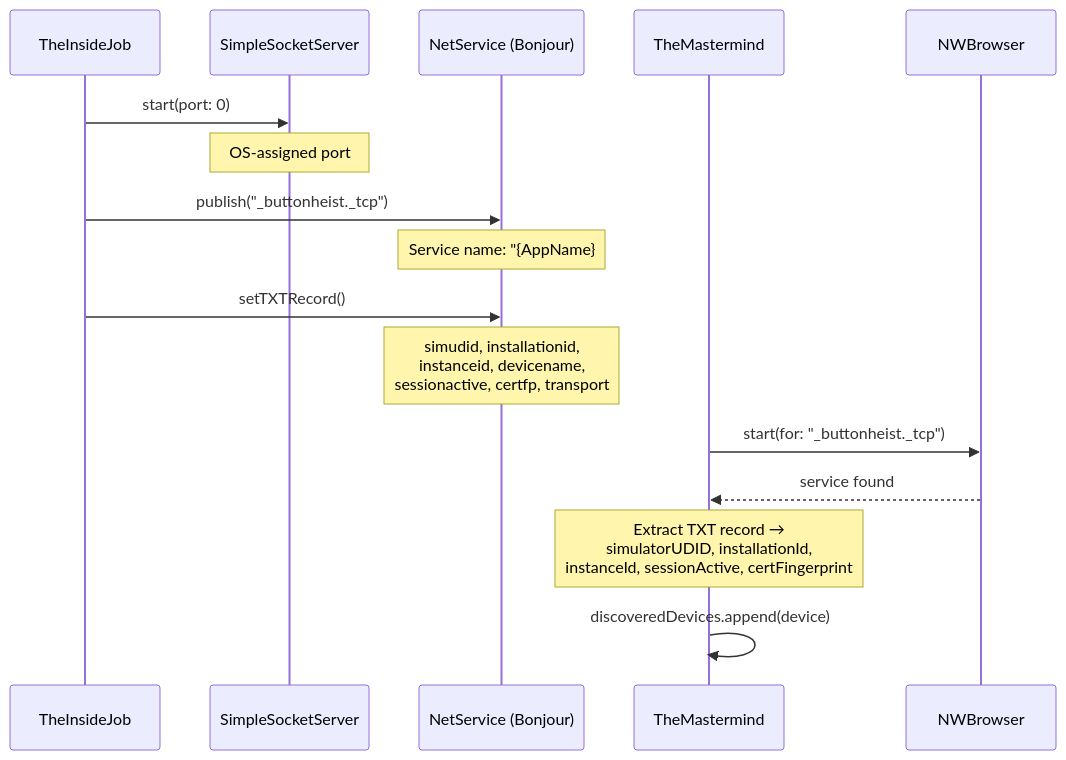
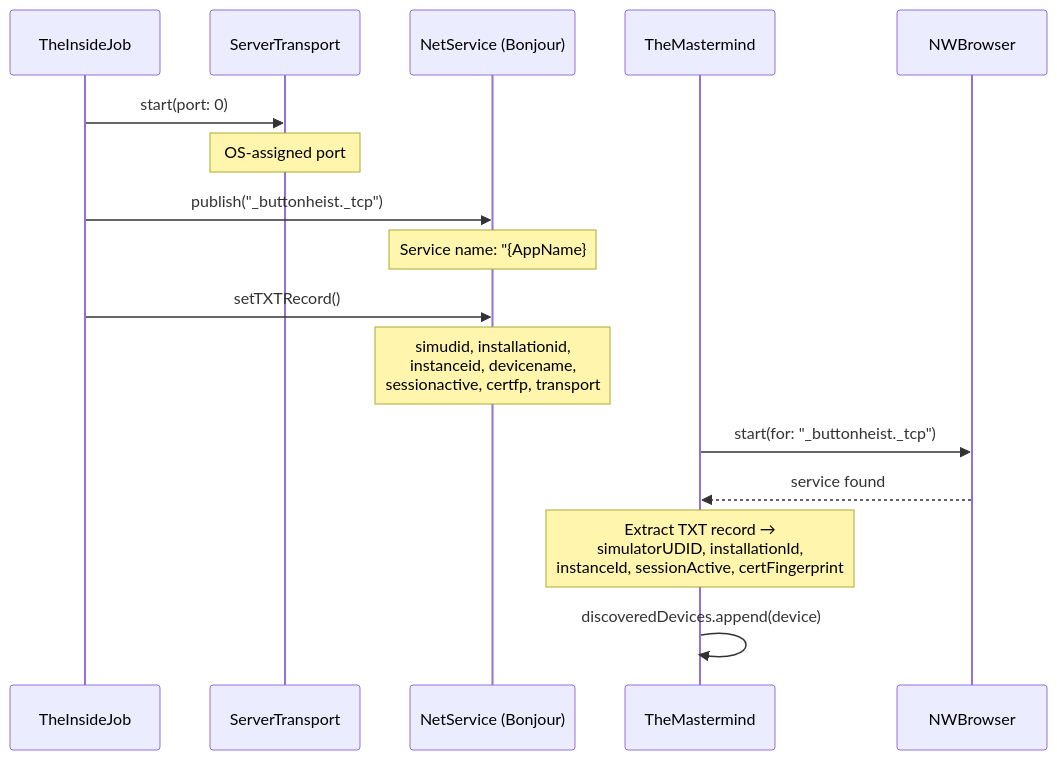
Before and after one commit to RoyalPineapple/TheButtonHeist: the fifth of 10 diagrams in docs/ARCHITECTURE.md, drawn with Mermaid. The commit also changed other lines of this file and 20 other files, not shown here.

````diff
--- a/docs/ARCHITECTURE.md
+++ b/docs/ARCHITECTURE.md
@@ -390,20 +434,20 @@
 ```mermaid
 sequenceDiagram
     participant IJ as TheInsideJob
-    participant SS as SimpleSocketServer
+    participant SS as ServerTransport
     participant NS as NetService (Bonjour)
     participant HC as TheMastermind
     participant NB as NWBrowser
 
     IJ->>SS: start(port: 0)
     Note over SS: OS-assigned port
     IJ->>NS: publish("_buttonheist._tcp")
     Note over NS: Service name: "{AppName}#{instanceId}"<br>instanceId = INSIDEJOB_ID or UUID prefix
     IJ->>NS: setTXTRecord()
     Note over NS: simudid, installationid,<br>instanceid, devicename,<br>sessionactive, certfp, transport
 
     HC->>NB: start(for: "_buttonheist._tcp")
     NB-->>HC: service found
     Note over HC: Extract TXT record →<br>simulatorUDID, installationId,<br>instanceId, sessionActive, certFingerprint
     HC->>HC: discoveredDevices.append(device)
 ```
````
